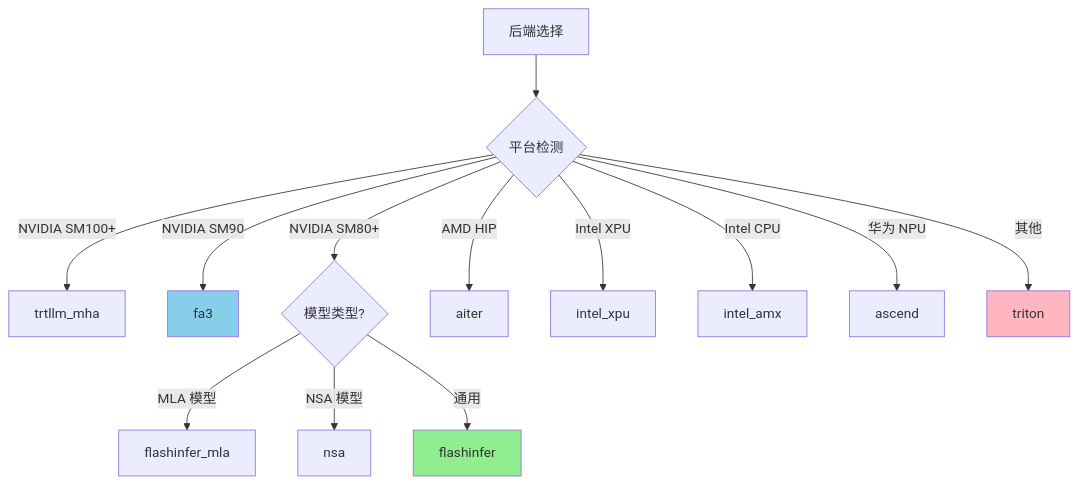
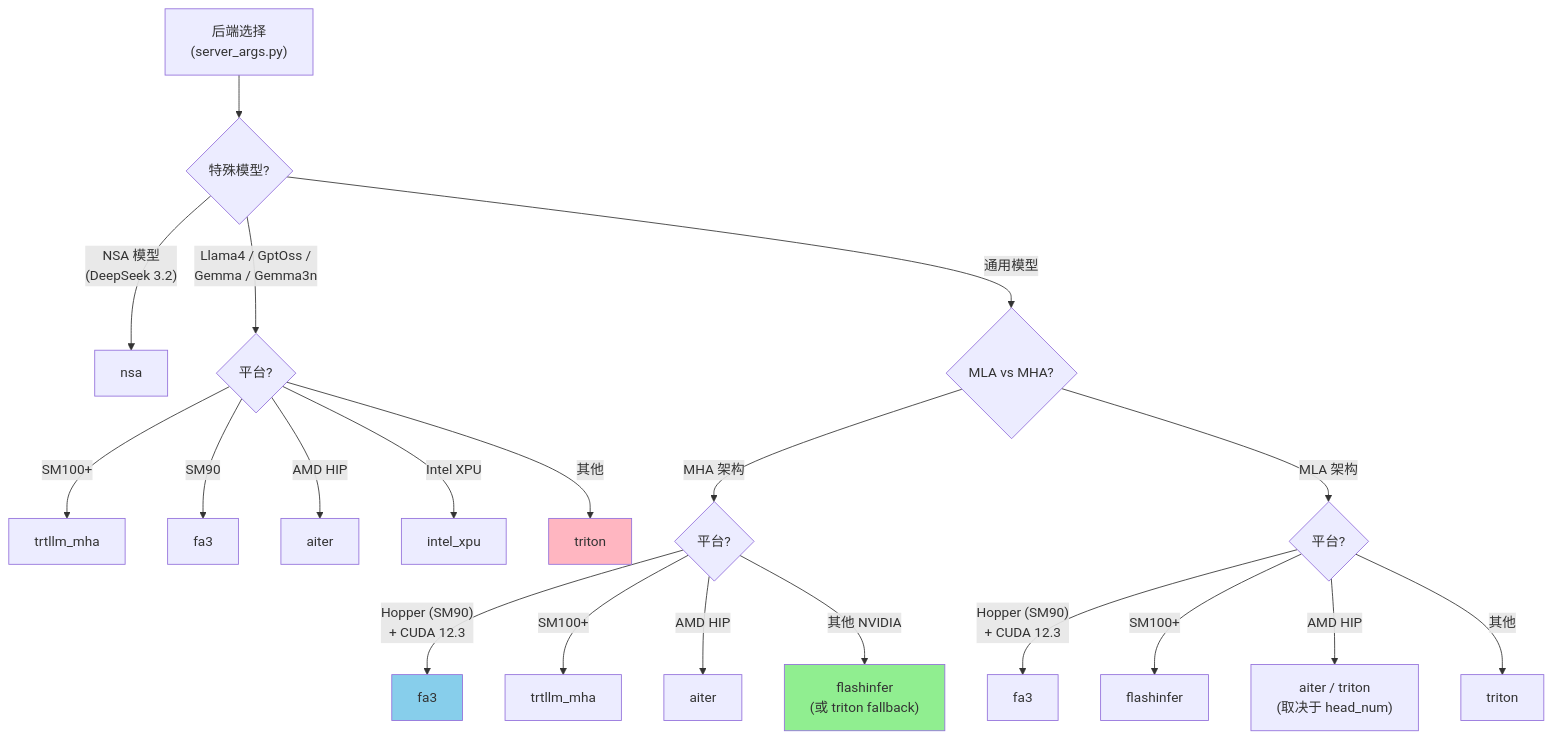
The fifth of 6 diagrams in SGLang/09-attention-backends.md (wesleyck/AIInfraNotes), drawn with Mermaid before and after one commit. The commit also changed other lines of this file and 26 other files, not shown here.

````diff
--- a/SGLang/09-attention-backends.md
+++ b/SGLang/09-attention-backends.md
@@ -1128,21 +1205,31 @@
 ```mermaid
 flowchart TB
-    Start["后端选择"] --> Platform{"平台检测"}
+    Start["后端选择<br/>(server_args.py)"] --> SPEC{"特殊模型?"}
 
-    Platform -->|"NVIDIA SM100+"| TRTLLM["trtllm_mha"]
-    Platform -->|"NVIDIA SM90"| FA3["fa3"]
-    Platform -->|"NVIDIA SM80+"| NVIDIA{"模型类型?"}
-    Platform -->|"AMD HIP"| AITER["aiter"]
-    Platform -->|"Intel XPU"| INTEL_XPU["intel_xpu"]
-    Platform -->|"Intel CPU"| INTEL_AMX["intel_amx"]
-    Platform -->|"华为 NPU"| ASCEND["ascend"]
-    Platform -->|其他| TRITON["triton"]
+    SPEC -->|"NSA 模型<br/>(DeepSeek 3.2)"| NSA["nsa"]
+    SPEC -->|"Llama4 / GptOss /<br/>Gemma / Gemma3n"| SPECIAL{"平台?"}
+    SPEC -->|"通用模型"| ARCH{"MLA vs MHA?"}
 
-    NVIDIA -->|"MLA 模型"| FLASHINFER_MLA["flashinfer_mla"]
-    NVIDIA -->|"NSA 模型"| NSA["nsa"]
-    NVIDIA -->|"通用"| FLASHINFER["flashinfer"]
+    SPECIAL -->|"SM100+"| TRTLLM_S["trtllm_mha"]
+    SPECIAL -->|"SM90"| FA3_S["fa3"]
+    SPECIAL -->|"AMD HIP"| AITER_S["aiter"]
+    SPECIAL -->|"Intel XPU"| INTEL_S["intel_xpu"]
+    SPECIAL -->|"其他"| TRITON_S["triton"]
 
-    style FLASHINFER fill:#90EE90
+    ARCH -->|"MHA 架构"| MHA{"平台?"}
+    ARCH -->|"MLA 架构"| MLA{"平台?"}
+
+    MHA -->|"Hopper (SM90)<br/>+ CUDA 12.3"| FA3["fa3"]
+    MHA -->|"SM100+"| TRTLLM["trtllm_mha"]
+    MHA -->|"AMD HIP"| AITER["aiter"]
+    MHA -->|"其他 NVIDIA"| FI["flashinfer<br/>(或 triton fallback)"]
+
+    MLA -->|"Hopper (SM90)<br/>+ CUDA 12.3"| FA3_MLA["fa3"]
+    MLA -->|"SM100+"| FI_MLA["flashinfer"]
+    MLA -->|"AMD HIP"| AITER_MLA["aiter / triton<br/>(取决于 head_num)"]
+    MLA -->|"其他"| TRITON_MLA["triton"]
+
+    style FI fill:#90EE90
     style FA3 fill:#87CEEB
-    style TRITON fill:#FFB6C1
+    style TRITON_S fill:#FFB6C1
 ```
````
